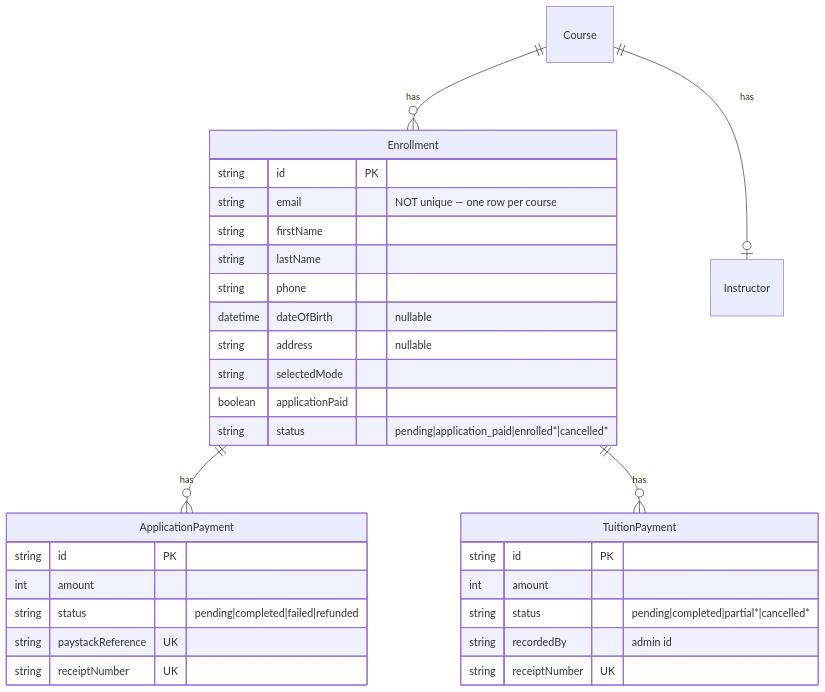
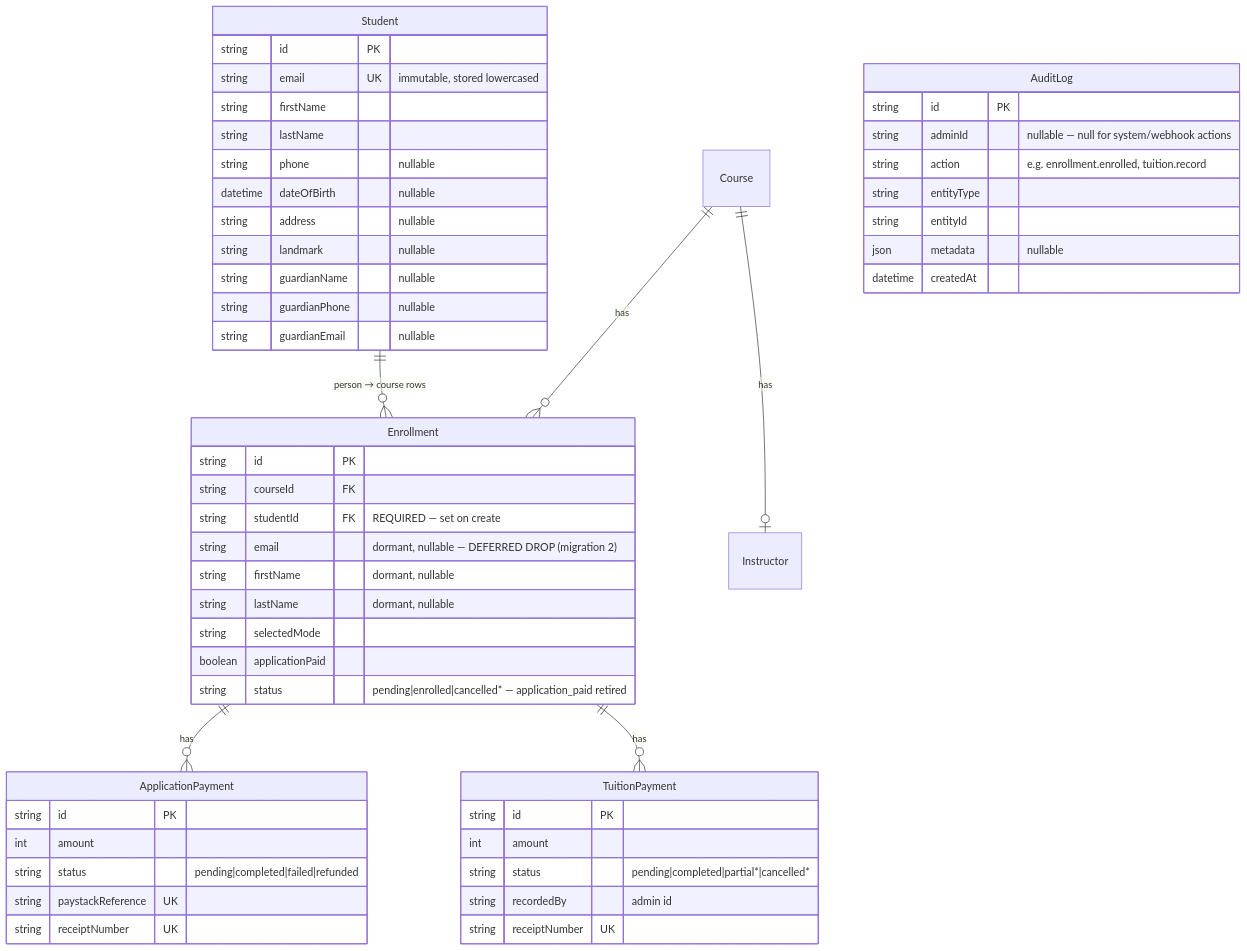
One commit to innocent98/banafix changed the fourth of 5 diagrams in docs/architecture/banafix-blueprint.md. Above: the diagram before and after it, drawn with Mermaid. The commit also changed other lines of this file and 2 other files, not shown here.

First line of the commit message:
docs: sync blueprint/checklist + SOP for Student entity foundation

````diff
--- a/docs/architecture/banafix-blueprint.md
+++ b/docs/architecture/banafix-blueprint.md
@@ -147,34 +157,56 @@
 ```mermaid
 erDiagram
+    Student ||--o{ Enrollment : "person → course rows"
     Course ||--o{ Enrollment : has
     Enrollment ||--o{ ApplicationPayment : has
     Enrollment ||--o{ TuitionPayment : has
     Course ||--o| Instructor : has
 
+    Student {
+      string id PK
+      string email UK "immutable, stored lowercased"
+      string firstName
+      string lastName
+      string phone "nullable"
+      datetime dateOfBirth "nullable"
+      string address "nullable"
+      string landmark "nullable"
+      string guardianName "nullable"
+      string guardianPhone "nullable"
+      string guardianEmail "nullable"
+    }
     Enrollment {
       string id PK
-      string email "NOT unique — one row per course"
-      string firstName
-      string lastName
-      string phone
-      datetime dateOfBirth "nullable"
-      string address "nullable"
+      string courseId FK
+      string studentId FK "REQUIRED — set on create"
+      string email "dormant, nullable — DEFERRED DROP (migration 2)"
+      string firstName "dormant, nullable"
+      string lastName "dormant, nullable"
       string selectedMode
       boolean applicationPaid
-      string status "pending|application_paid|enrolled*|cancelled*"
+      string status "pending|enrolled|cancelled* — application_paid retired"
     }
     ApplicationPayment {
       string id PK
       int amount
       string status "pending|completed|failed|refunded"
       string paystackReference UK
       string receiptNumber UK
     }
     TuitionPayment {
       string id PK
       int amount
       string status "pending|completed|partial*|cancelled*"
       string recordedBy "admin id"
       string receiptNumber UK
     }
+    AuditLog {
+      string id PK
+      string adminId "nullable — null for system/webhook actions"
+      string action "e.g. enrollment.enrolled, tuition.record"
+      string entityType
+      string entityId
+      json metadata "nullable"
+      datetime createdAt
+    }
 ```
````
